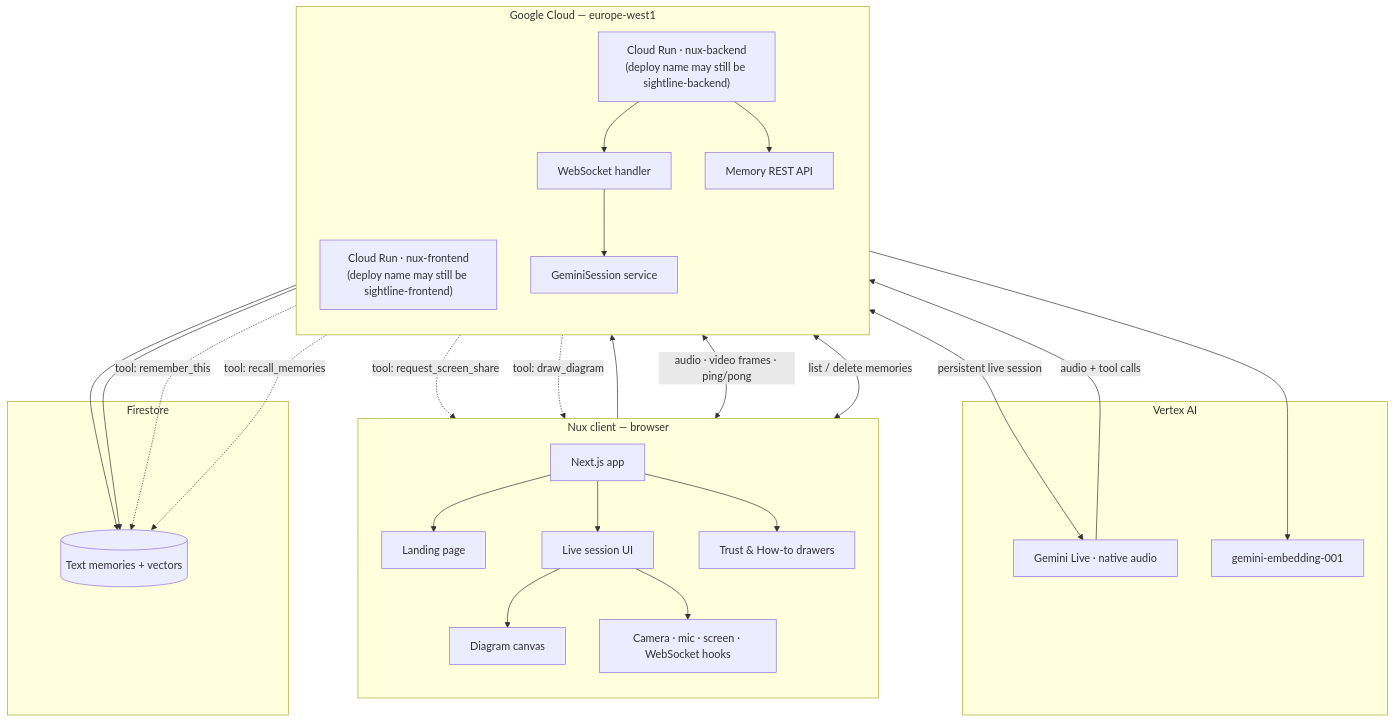
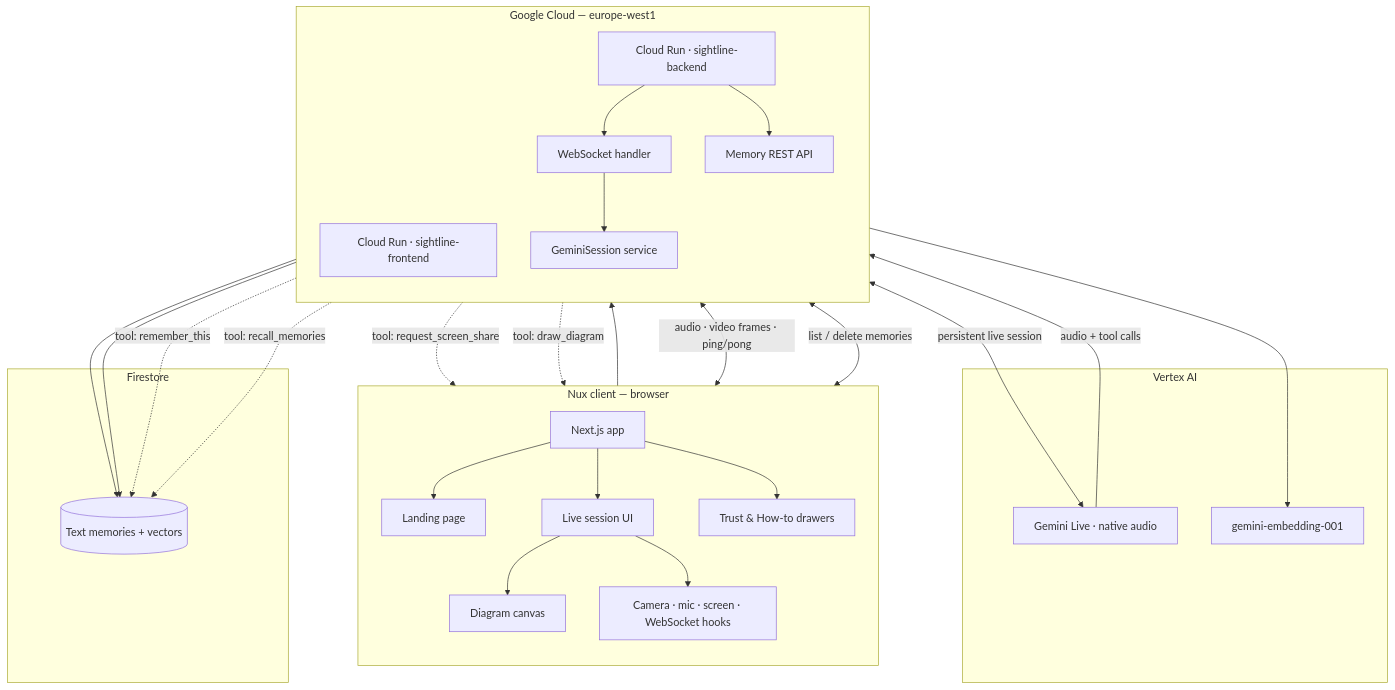
One commit to rkchellah/Nux changed the diagram in README.md. Above: the diagram before and after it, drawn with Mermaid. The commit also changed other lines of this file and 2 other files, not shown here.

````diff
--- a/README.md
+++ b/README.md
@@ -41,52 +39,52 @@
 ```mermaid
 flowchart TB
   subgraph client [Nux client — browser]
     direction TB
     App[Next.js app]
     Landing[Landing page]
     Session[Live session UI]
     Drawers[Trust & How-to drawers]
     Diagram[Diagram canvas]
     Hooks[Camera · mic · screen · WebSocket hooks]
     App --> Landing
     App --> Session
     App --> Drawers
     Session --> Diagram
     Session --> Hooks
   end
 
   subgraph cloud [Google Cloud — europe-west1]
     direction TB
-    FE["Cloud Run · nux-frontend<br/>(deploy name may still be sightline-frontend)"]
-    BE["Cloud Run · nux-backend<br/>(deploy name may still be sightline-backend)"]
+    FE["Cloud Run · sightline-frontend"]
+    BE["Cloud Run · sightline-backend"]
     WS[WebSocket handler]
     MemAPI[Memory REST API]
     Gemini[GeminiSession service]
     BE --> WS
     BE --> MemAPI
     WS --> Gemini
   end
 
   subgraph vertex [Vertex AI]
     Live[Gemini Live · native audio]
     Embed[gemini-embedding-001]
   end
 
   subgraph data [Firestore]
     Mem[(Text memories + vectors)]
   end
 
   App --> FE
   Hooks <-->|audio · video frames · ping/pong| WS
   Drawers <-->|list / delete memories| MemAPI
   Gemini <-->|persistent live session| Live
   Gemini --> Embed
   Gemini --> Mem
   MemAPI --> Mem
 
   Gemini -.->|tool: remember_this| Mem
   Gemini -.->|tool: recall_memories| Mem
   Gemini -.->|tool: request_screen_share| Session
   Gemini -.->|tool: draw_diagram| Diagram
   Live -->|audio + tool calls| Gemini
 ```
````
